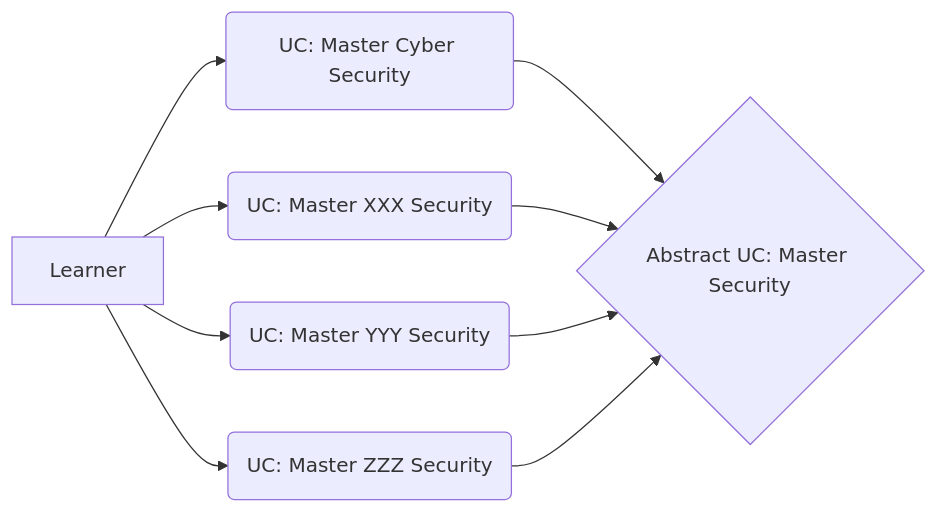
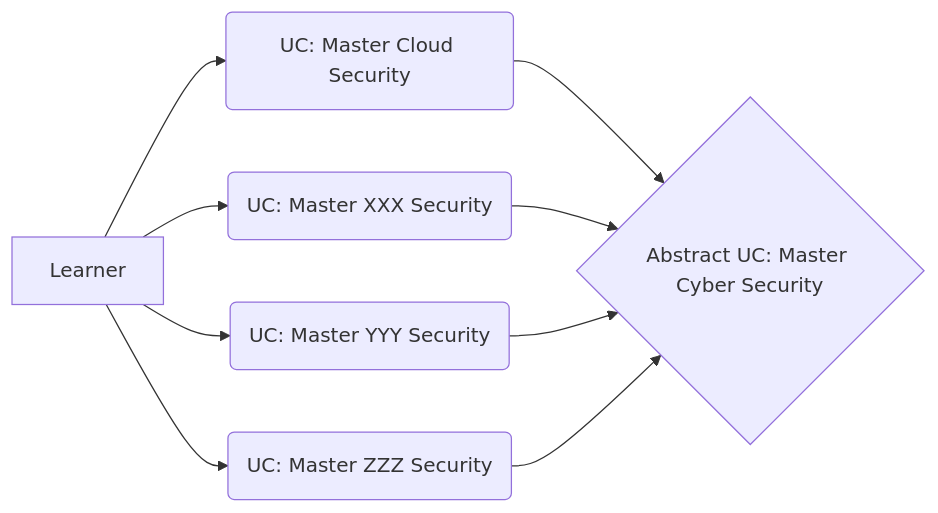
Before and after one commit to vanHeemstraSystems/learning-web-security-use-cases: the diagram in index.qmd, drawn with Mermaid. The commit also changed other lines of this file, not shown here.

````diff
--- a/index.qmd
+++ b/index.qmd
@@ -11,11 +11,11 @@
 ```{mermaid}
 flowchart LR
-  A[Learner] --> B(UC: Master Cyber Security)
+  A[Learner] --> B(UC: Master Cloud Security)
   A[Learner] --> C(UC: Master XXX Security)
   A[Learner] --> D(UC: Master YYY Security)
-  A[Learner] --> E(UC: Master ZZZ Security)  
-  B --> F{Abstract UC: Master Security}
-  C --> F{Abstract UC: Master Security}
-  D --> F{Abstract UC: Master Security}
-  E --> F{Abstract UC: Master Security}
+  A[Learner] --> E(UC: Master ZZZ Security)
+  B --> F{Abstract UC: Master Cyber Security}
+  C --> F{Abstract UC: Master Cyber Security}
+  D --> F{Abstract UC: Master Cyber Security}
+  E --> F{Abstract UC: Master Cyber Security}
 ```
````
